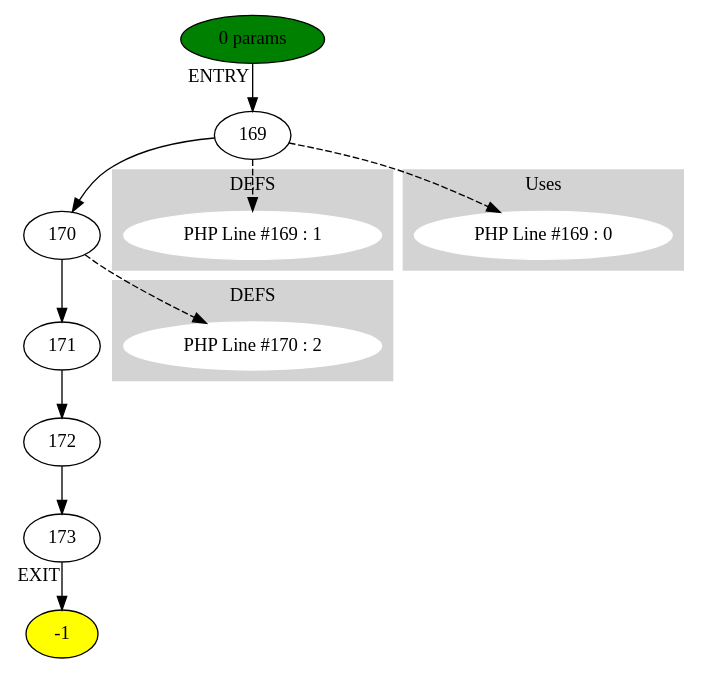
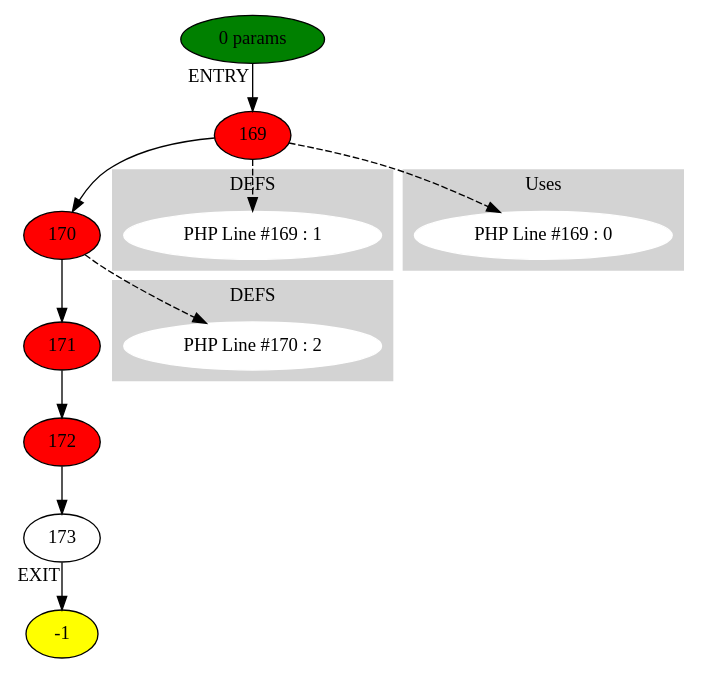
Before and after one commit to brianedmonds90/CFG-Hip-Hop: the diagram in CFG_FROM_PHP/graphViz/assign_me_Function getDatabaseAssignmentsByClass at 1675 (ID 7).dot, drawn with Graphviz. The commit also changed 27 other files, not shown here.

```diff
--- a/CFG_FROM_PHP/graphViz/assign_me_Function getDatabaseAssignmentsByClass at 1675 (ID 7).dot
+++ b/CFG_FROM_PHP/graphViz/assign_me_Function getDatabaseAssignmentsByClass at 1675 (ID 7).dot
@@ -1,50 +1,20 @@
 digraph testName {
-0 [label="169" tooltip="FPushFuncD
-String
-String
-CGetL2
-Add
-Add
-FPassCE
-FCall
-UnboxR
-SetL
-PopC
-"];
-1 [label="170" tooltip="FPushFuncD
-FPassL
-FCall
-UnboxR
-SetL
-PopC
-"];
-2 [label="171" tooltip="FPushFuncD
-String
-FPassCE
-FCall
-PopR
-"];
-3 [label="172" tooltip="FPushFuncD
-FPassL
-FCall
-UnboxR
-Print
-PopC
-"];
-4 [label="173" tooltip="Null
-RetC
-"];
+0 [label="169" , fillcolor = red, style = filled];
+1 [label="170" , fillcolor = red, style = filled];
+2 [label="171" , fillcolor = red, style = filled];
+3 [label="172" , fillcolor = red, style = filled];
+4 [label="173"];
 0 -> 1;
 1 -> 2;
 2 -> 3;
 3 -> 4;
 -2 -> 0[xlabel="ENTRY"];
 4 -> -1[xlabel="EXIT"];
 -2 [fillcolor = green, style = filled]-1 [fillcolor= yellow, style = filled] subgraph cluster_g_0 { style=filled; color=lightgrey; node [style=filled,color=white]; g_0[label= "PHP Line #169 : 1"];label = "DEFS";}
 0 -> g_0 [style="dashed"];
 subgraph cluster_g_1 { style=filled; color=lightgrey; node [style=filled,color=white]; g_1[label= "PHP Line #170 : 2"];label = "DEFS";}
 1 -> g_1 [style="dashed"];
 subgraph cluster_use_0 { style=filled; color=lightgrey; node [style=filled,color=white]; use_0_0[label= "PHP Line #169 : 0"];label = "Uses";}
 0 -> use_0_0 [style="dashed"];
 -2 [label="0 params"];
 }
```
